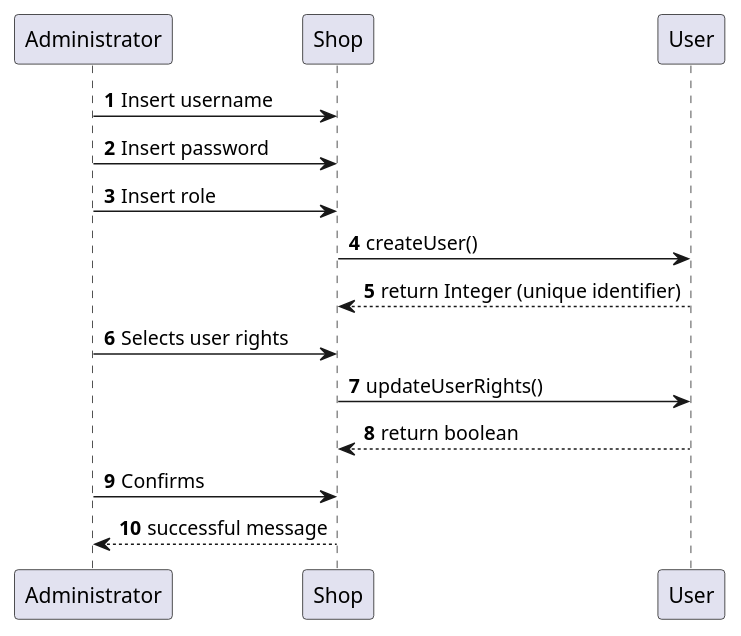
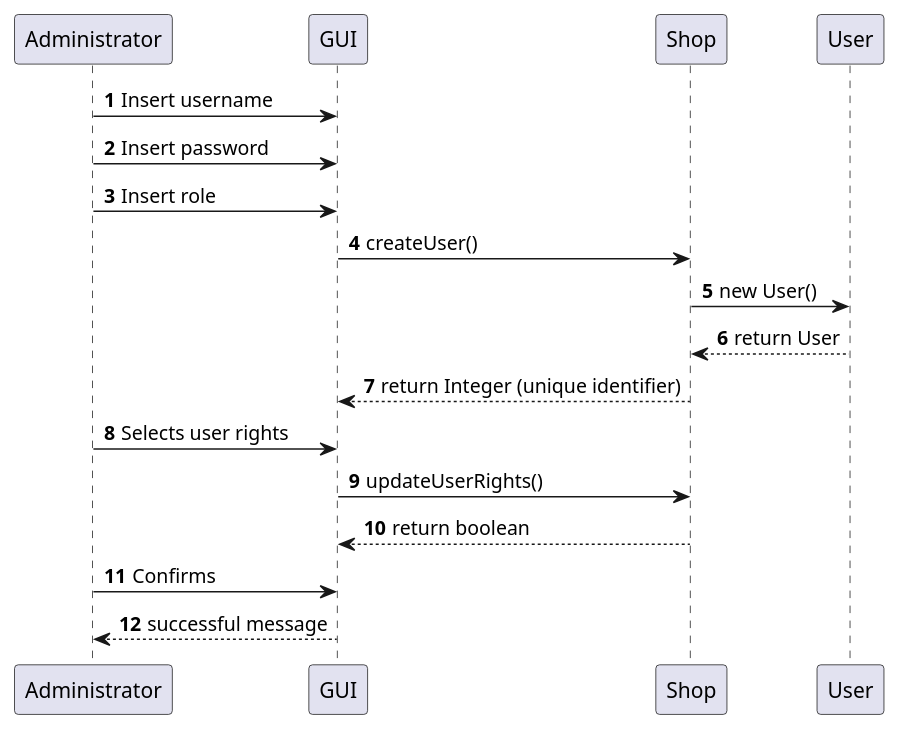
One commit to Stormz4/group20-EzShop changed the seventh of 20 diagrams in Deliverables/DesignDocument.md. Above: the diagram before and after it, drawn with PlantUML. The commit also changed other lines of this file, not shown here.

````diff
--- a/Deliverables/DesignDocument.md
+++ b/Deliverables/DesignDocument.md
@@ -362,15 +365,17 @@
 ```plantuml
 @startuml
 autonumber
-Administrator -> Shop: Insert username
-Administrator -> Shop: Insert password
-Administrator -> Shop: Insert role
-Shop -> User: createUser()
-User --> Shop: return Integer (unique identifier)
-Administrator -> Shop: Selects user rights
-Shop -> User: updateUserRights()
-User --> Shop: return boolean
-Administrator -> Shop: Confirms
-Shop --> Administrator: successful message
+Administrator -> GUI: Insert username
+Administrator -> GUI: Insert password
+Administrator -> GUI: Insert role
+GUI -> Shop: createUser()
+Shop -> User: new User()
+User --> Shop: return User
+Shop --> GUI: return Integer (unique identifier)
+Administrator -> GUI: Selects user rights
+GUI -> Shop: updateUserRights()
+Shop --> GUI: return boolean
+Administrator -> GUI: Confirms
+GUI --> Administrator: successful message
 @enduml
 ```
````
